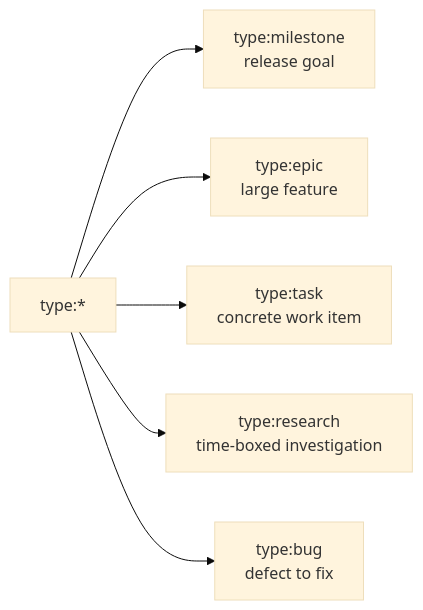
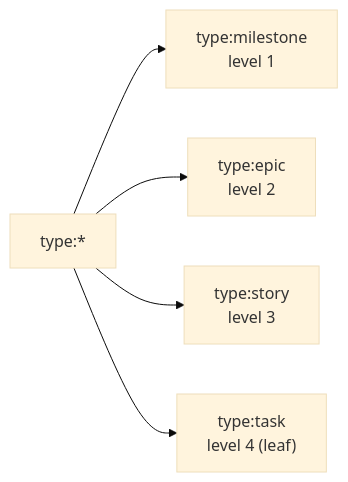
Before and after one commit to erankavija/just-in-time: the eighth of 9 diagrams in docs/concepts/core-model.md, drawn with Mermaid (base theme). The commit also changed other lines of this file and 8 other files, not shown here.

````diff
--- a/docs/concepts/core-model.md
+++ b/docs/concepts/core-model.md
@@ -834,9 +838,8 @@
 ```mermaid
 flowchart LR
     T["type:*"]
-    T --> M["type:milestone<br/>release goal"]
-    T --> E["type:epic<br/>large feature"]
-    T --> K["type:task<br/>concrete work item"]
-    T --> R["type:research<br/>time-boxed investigation"]
-    T --> B["type:bug<br/>defect to fix"]
+    T --> M["type:milestone<br/>level 1"]
+    T --> E["type:epic<br/>level 2"]
+    T --> S["type:story<br/>level 3"]
+    T --> K["type:task<br/>level 4 (leaf)"]
 ```
````
